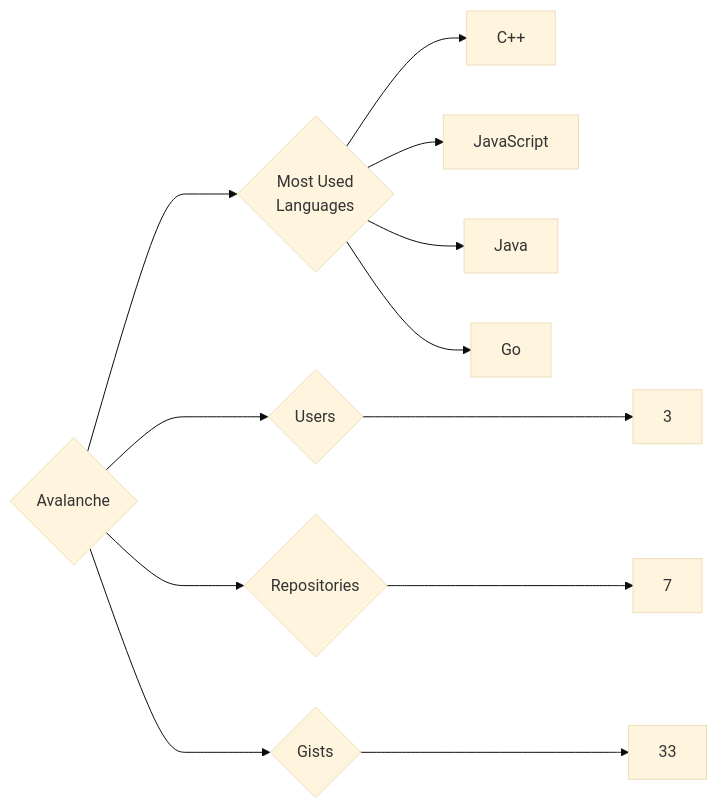
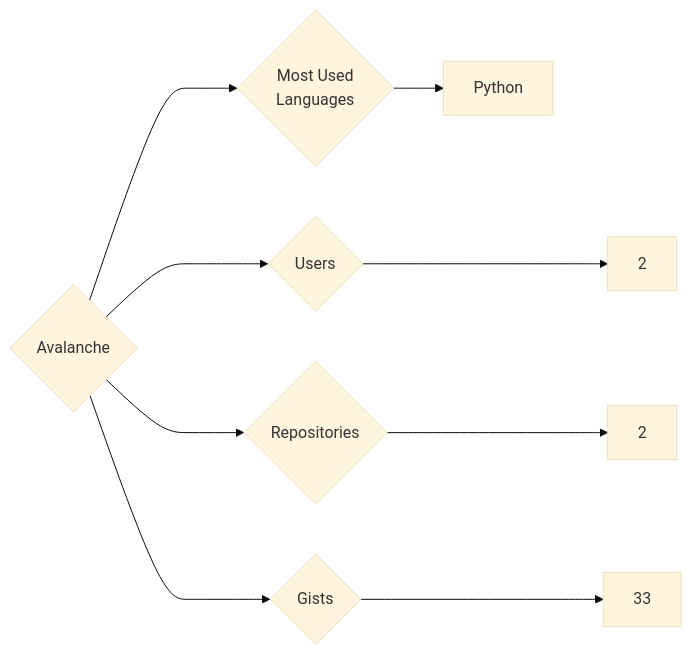
The diagram in targets/Avalanche/README.md (trickest/insiders), drawn with Mermaid (base theme) before and after one commit. The commit also changed 618 other files, not shown here.

````diff
--- a/targets/Avalanche/README.md
+++ b/targets/Avalanche/README.md
@@ -3,12 +3,9 @@
 ```mermaid
 graph LR
 COMPANY_NAME{Avalanche}
-COMPANY_NAME ---> U{Users} ---> UN[3]
-COMPANY_NAME ---> R{Repositories} ---> RN[7]
+COMPANY_NAME ---> U{Users} ---> UN[2]
+COMPANY_NAME ---> R{Repositories} ---> RN[2]
 COMPANY_NAME ---> G{Gists} ---> GN[33]
 COMPANY_NAME ---> ML{Most Used<br>Languages}
-ML --> C++[C++]
-ML --> JavaScript[JavaScript]
-ML --> Java[Java]
-ML --> Go[Go]
+ML --> Python[Python]
 ```
````
